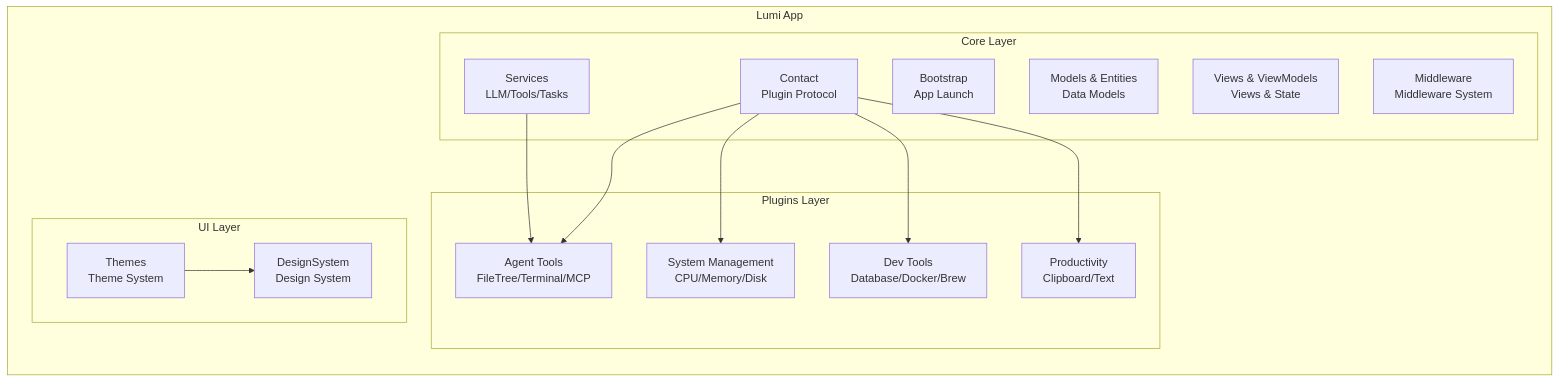
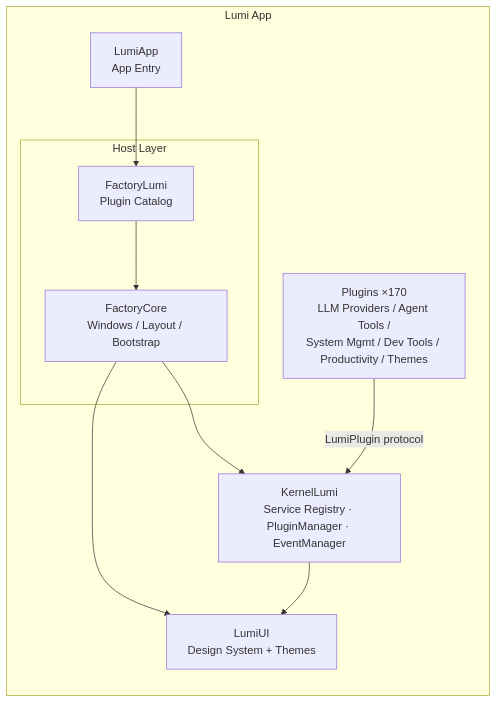
One commit to CofficLab/Lumi changed the first of 2 diagrams in README.md. Above: the diagram before and after it, drawn with Mermaid. The commit also changed other lines of this file and 1 other file, not shown here.

Commit message:
docs: rewrite README with updated features, architecture, and plugin system

````diff
--- a/README.md
+++ b/README.md
@@ -17,32 +36,20 @@
 ```mermaid
 graph BT
     subgraph "Lumi App"
-        subgraph "Core Layer"
-            A1[Bootstrap<br/>App Launch]
-            A2[Services<br/>LLM/Tools/Tasks]
-            A3[Models & Entities<br/>Data Models]
-            A4[Views & ViewModels<br/>Views & State]
-            A5[Middleware<br/>Middleware System]
-            A6[Contact<br/>Plugin Protocol]
+        APP[LumiApp<br/>App Entry]
+        subgraph "Host Layer"
+            FL[FactoryLumi<br/>Plugin Catalog]
+            FC[FactoryCore<br/>Windows / Layout / Bootstrap]
         end
-        
-        subgraph "Plugins Layer"
-            B1[Agent Tools<br/>FileTree/Terminal/MCP]
-            B2[System Management<br/>CPU/Memory/Disk]
-            B3[Dev Tools<br/>Database/Docker/Brew]
-            B4[Productivity<br/>Clipboard/Text]
-        end
-        
-        subgraph "UI Layer"
-            C1[Themes<br/>Theme System]
-            C2[DesignSystem<br/>Design System]
-        end
+        K[KernelLumi<br/>Service Registry · PluginManager · EventManager]
+        P[Plugins ×170<br/>LLM Providers / Agent Tools /<br/>System Mgmt / Dev Tools / Productivity / Themes]
+        UI[LumiUI<br/>Design System + Themes]
     end
-    
-    A6 --> B1
-    A6 --> B2
-    A6 --> B3
-    A6 --> B4
-    A2 --> B1
-    C1 --> C2
+
+    APP --> FL
+    FL --> FC
+    FC --> K
+    P -->|LumiPlugin protocol| K
+    K --> UI
+    FC --> UI
 ```
````
